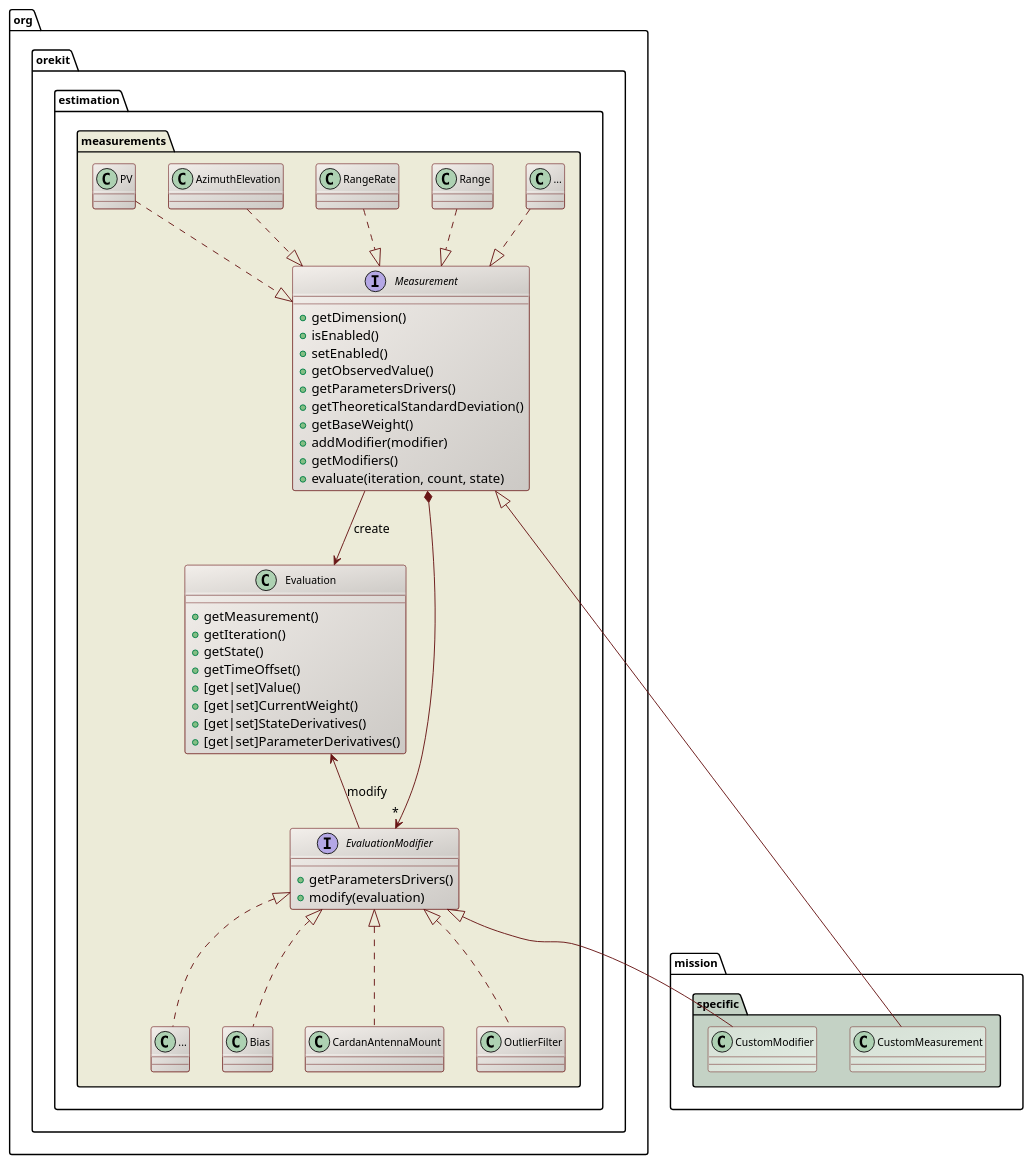
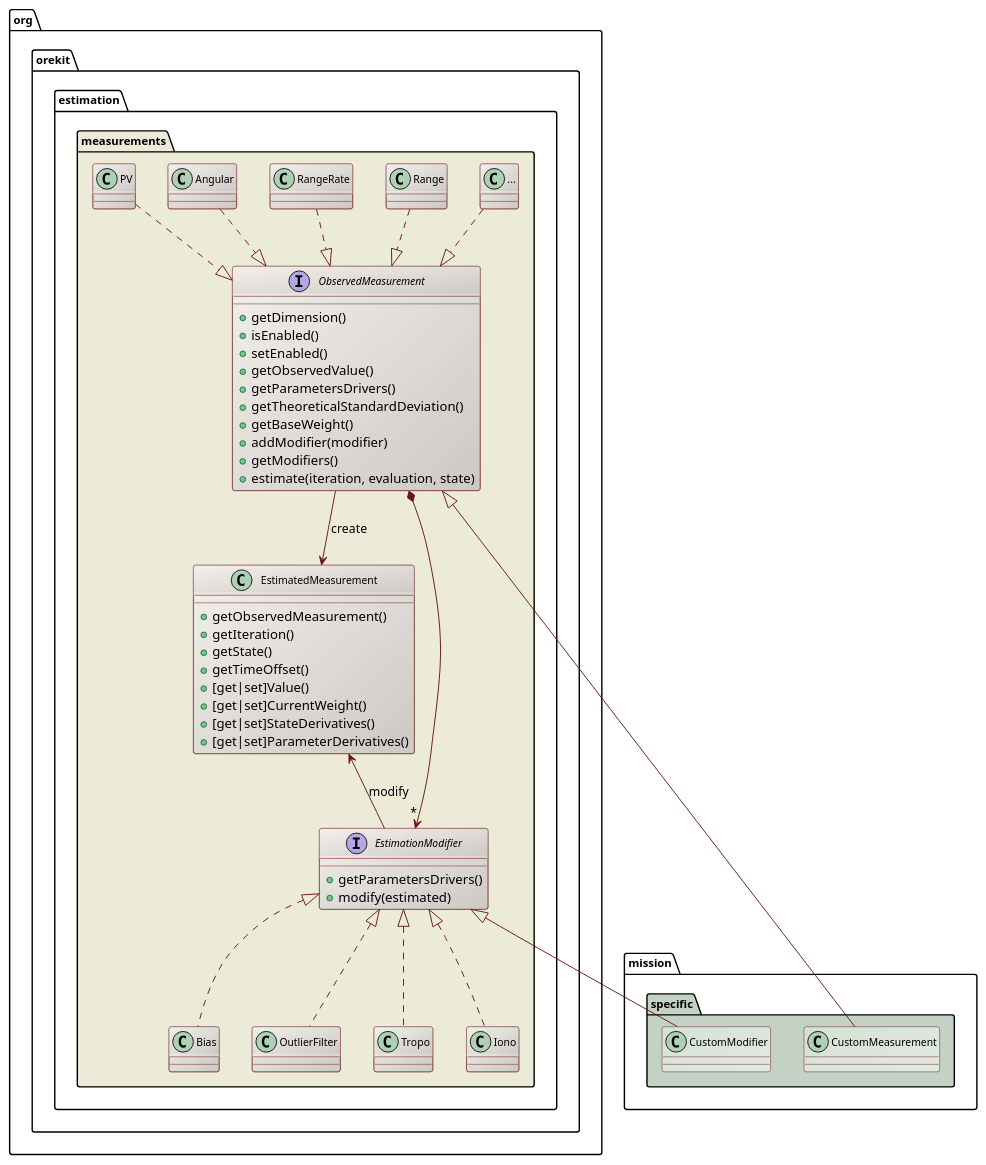
One commit to CS-SI/Orekit changed the diagram in src/design/orbit-determination-measurements-class-diagram.puml. Above: the diagram before and after it, drawn with PlantUML. The commit also changed 43 other files, not shown here.

```diff
--- a/src/design/orbit-determination-measurements-class-diagram.puml
+++ b/src/design/orbit-determination-measurements-class-diagram.puml
@@ -17,69 +17,67 @@
 @startuml
 
   skinparam svek                  true
   skinparam ClassBackgroundColor  #F3EFEB/CCC9C5
   skinparam ClassArrowColor       #691616
   skinparam ClassBorderColor      #691616
   skinparam NoteBackgroundColor   #F3EFEB
   skinparam NoteBorderColor       #691616
   skinparam NoteFontColor         #691616
   skinparam ClassFontSize         11
   skinparam PackageFontSize       12
 
   package org.orekit.estimation.measurements #ECEBD8 {
 
-    interface Measurement {
+    interface ObservedMeasurement {
       +getDimension()
       +isEnabled()
       +setEnabled()
       +getObservedValue()
       +getParametersDrivers()
       +getTheoreticalStandardDeviation()
       +getBaseWeight()
       +addModifier(modifier)
       +getModifiers()
-      +evaluate(iteration, count, state)
+      +estimate(iteration, evaluation, state)
     }
     
-    class Evaluation {
-      +getMeasurement()
+    class EstimatedMeasurement {
+      +getObservedMeasurement()
       +getIteration()
       +getState()
       +getTimeOffset()
       +[get|set]Value()
       +[get|set]CurrentWeight()
       +[get|set]StateDerivatives()
       +[get|set]ParameterDerivatives()
     }
     
-    interface EvaluationModifier {
+    interface EstimationModifier {
       +getParametersDrivers()
-      +modify(evaluation)
+      +modify(estimated)
     }
     
-    class "..." as OtherModifier
-    
-    Measurement *--> "*" EvaluationModifier
-    Measurement --> Evaluation : create
-    Evaluation <-- EvaluationModifier : modify
+    ObservedMeasurement *--> "*" EstimationModifier
+    ObservedMeasurement --> EstimatedMeasurement : create
+    EstimatedMeasurement <-- EstimationModifier : modify
     class "..." as OtherMeasurement
-    OtherMeasurement   ..|> Measurement
-    Range              ..|> Measurement
-    RangeRate          ..|> Measurement
-    AzimuthElevation   ..|> Measurement
-    PV                 ..|> Measurement
-    EvaluationModifier <|.. Bias
-    EvaluationModifier <|.. CardanAntennaMount
-    EvaluationModifier <|.. OutlierFilter
-    EvaluationModifier <|.. OtherModifier
-
+    OtherMeasurement   ..|> ObservedMeasurement
+    Range              ..|> ObservedMeasurement
+    RangeRate          ..|> ObservedMeasurement
+    Angular   ..|> ObservedMeasurement
+    PV                 ..|> ObservedMeasurement
+    EstimationModifier <|.. Bias
+    EstimationModifier <|.. OutlierFilter
+    EstimationModifier <|.. Tropo
+    EstimationModifier <|.. Iono
+ 
   }
 
   package mission.specific #C4D2C5 {
     class CustomModifier #D5E0D5/E2EBE2
     class CustomMeasurement #D5E0D5/E2EBE2
-    Measurement <|-- CustomMeasurement
-    EvaluationModifier <|-- CustomModifier
+    ObservedMeasurement <|-- CustomMeasurement
+    EstimationModifier <|-- CustomModifier
   }
 
 @enduml
```
